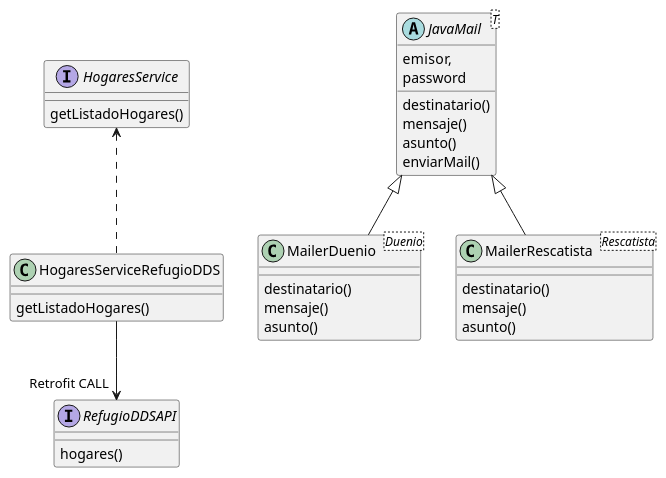
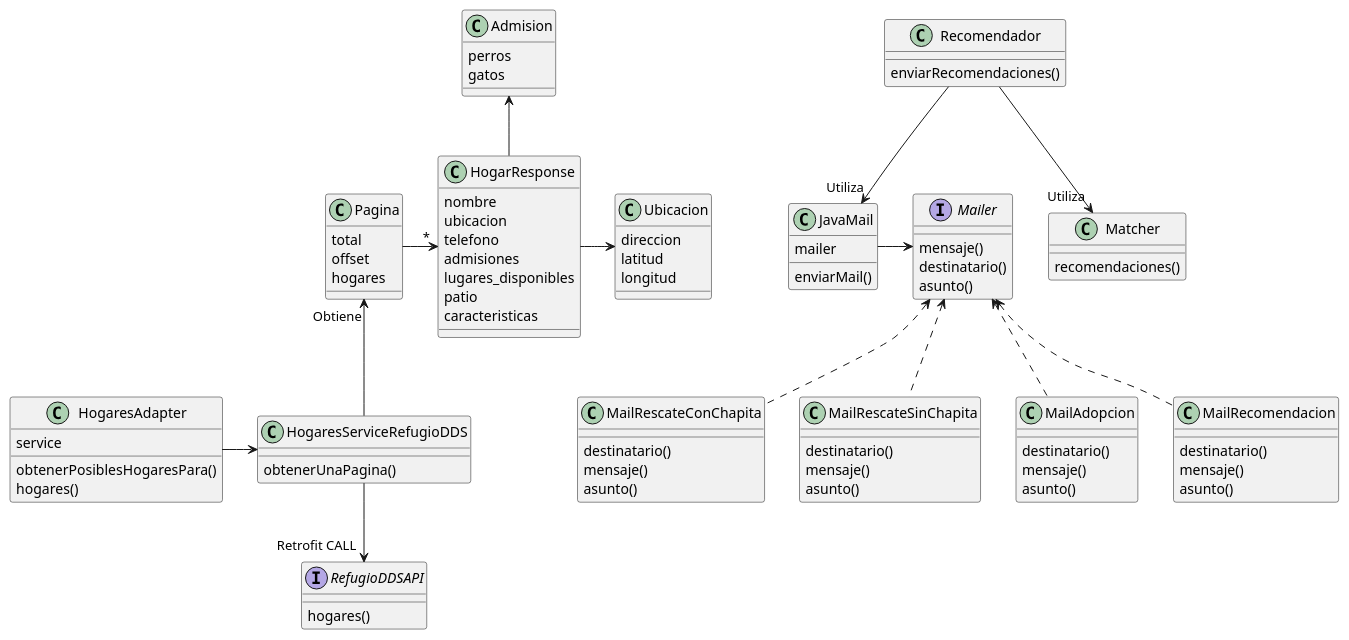
The diagram in diagramas/servicios.plantuml (aleeherasimiuk/RescateDePatitas), drawn with PlantUML before and after one commit. The commit also changed 8 other files, not shown here.

```diff
--- a/diagramas/servicios.plantuml
+++ b/diagramas/servicios.plantuml
@@ -1,39 +1,103 @@
 @startuml RescateDePatitas
 
-abstract JavaMail<T>{
-  emisor,
-  password
+interface Mailer{
+  mensaje()
   destinatario()
-  mensaje()
   asunto()
+}
+
+JavaMail -> Mailer
+class JavaMail{
+  mailer
   enviarMail()
 }
 
-MailerDuenio -u-|> JavaMail
-class MailerDuenio<Duenio>{
+MailRescateConChapita .u.> Mailer
+class MailRescateConChapita{
   destinatario()
   mensaje()
   asunto()
 }
 
-MailerRescatista -u-|> JavaMail
-class MailerRescatista<Rescatista>{
+MailRescateSinChapita .u.> Mailer
+class MailRescateSinChapita{
   destinatario()
   mensaje()
   asunto()
 }
 
-interface HogaresService{
-  getListadoHogares()
+MailAdopcion .u.> Mailer
+class MailAdopcion{
+  destinatario()
+  mensaje()
+  asunto()
 }
+
+MailRecomendacion .u.> Mailer
+class MailRecomendacion{
+  destinatario()
+  mensaje()
+  asunto()
+}
+
 
 interface RefugioDDSAPI{
   hogares()
 }
 
-HogaresServiceRefugioDDS .u.> HogaresService
+HogaresServiceRefugioDDS -u-> "Obtiene" Pagina
 HogaresServiceRefugioDDS -d->"Retrofit CALL" RefugioDDSAPI
 class HogaresServiceRefugioDDS{
-  getListadoHogares()
+  obtenerUnaPagina()
 }
+
+HogaresAdapter -> HogaresServiceRefugioDDS
+class HogaresAdapter{
+  service
+  obtenerPosiblesHogaresPara()
+  hogares()
+}
+
+HogarResponse -> Ubicacion
+HogarResponse -u-> Admision
+class HogarResponse{
+
+  nombre
+  ubicacion
+  telefono
+  admisiones
+  lugares_disponibles
+  patio
+  caracteristicas
+
+}
+
+Pagina -> "*" HogarResponse
+class Pagina{
+  total
+  offset
+  hogares
+}
+
+class Ubicacion{
+  direccion
+  latitud
+  longitud
+}
+
+class Admision{
+  perros
+  gatos
+}
+
+class Matcher{
+  recomendaciones()
+}
+
+Recomendador --> "Utiliza" Matcher
+Recomendador -d-> "Utiliza" JavaMail
+class Recomendador{
+  enviarRecomendaciones()
+}
+
 @enduml
```
